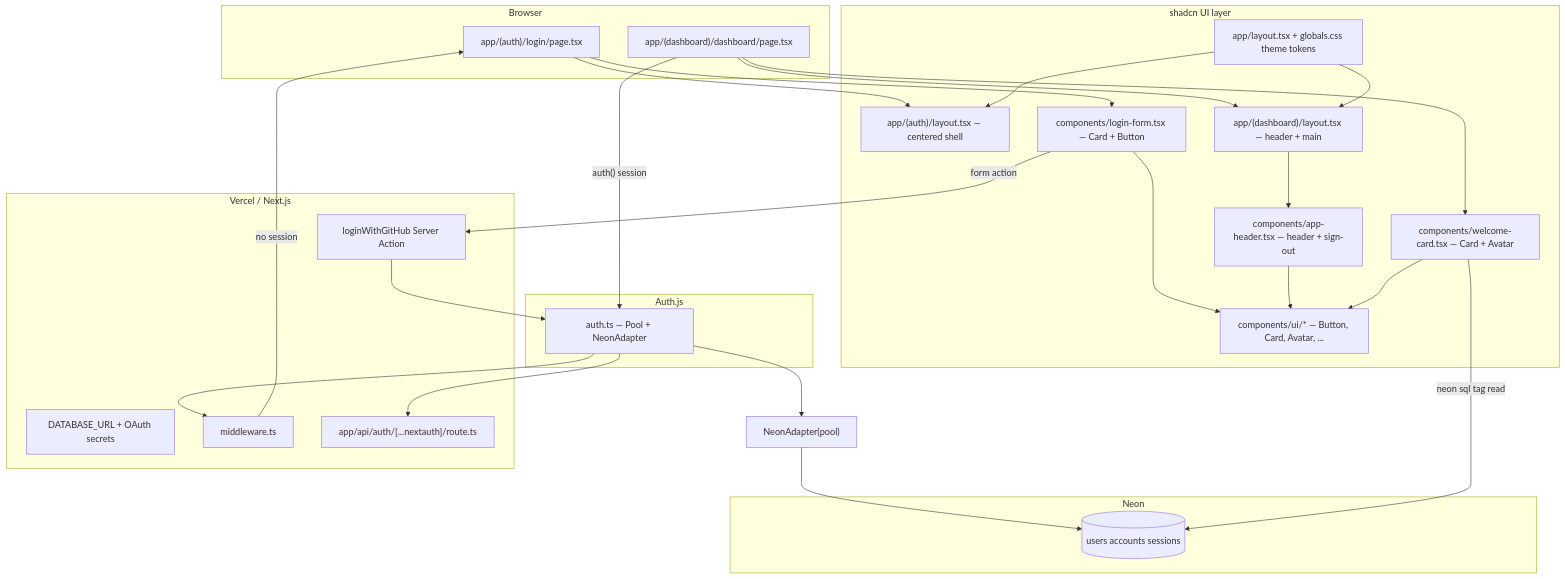
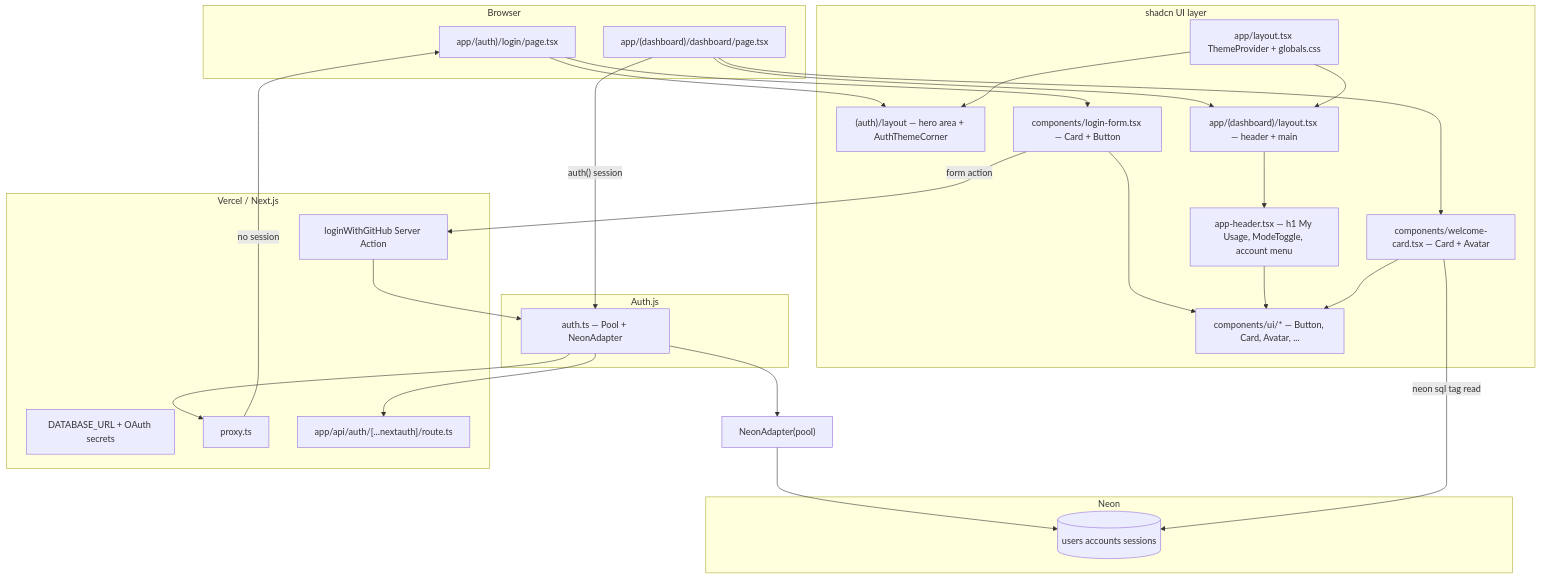
One commit to reyarqueza/my-usage changed the diagram in auth-plan.md. Above: the diagram before and after it, drawn with Mermaid. The commit also changed other lines of this file and 1 other file, not shown here.

First line of the commit message:
Document Vercel, GitHub, and Neon setup; align auth-plan with the app.

````diff
--- a/auth-plan.md
+++ b/auth-plan.md
@@ -54,53 +54,53 @@
 ```mermaid
 flowchart TB
   subgraph browser [Browser]
     LoginPage["app/(auth)/login/page.tsx"]
     DashPage["app/(dashboard)/dashboard/page.tsx"]
   end
 
   subgraph ui [shadcn UI layer]
-    RootLayout["app/layout.tsx + globals.css theme tokens"]
-    AuthLayout["app/(auth)/layout.tsx — centered shell"]
+    RootLayout["app/layout.tsx ThemeProvider + globals.css"]
+    AuthLayout["(auth)/layout — hero area + AuthThemeCorner"]
     DashLayout["app/(dashboard)/layout.tsx — header + main"]
     Shadcn["components/ui/* — Button, Card, Avatar, ..."]
     LoginForm["components/login-form.tsx — Card + Button"]
     WelcomeCard["components/welcome-card.tsx — Card + Avatar"]
-    AppHeader["components/app-header.tsx — header + sign-out"]
+    AppHeader["app-header.tsx — h1 My Usage, ModeToggle, account menu"]
   end
 
   subgraph vercel [Vercel / Next.js]
     Env[DATABASE_URL + OAuth secrets]
-    MW[middleware.ts]
+    PX[proxy.ts]
     RT["app/api/auth/[...nextauth]/route.ts"]
     LoginAction["loginWithGitHub Server Action"]
   end
 
   subgraph authjs [Auth.js]
     AuthTS["auth.ts — Pool + NeonAdapter"]
   end
 
   subgraph neon [Neon]
     PG[(users accounts sessions)]
   end
 
   LoginPage --> LoginForm
   LoginForm --> Shadcn
   DashPage --> WelcomeCard
   DashPage --> DashLayout
   LoginPage --> AuthLayout
   DashLayout --> AppHeader
   AppHeader --> Shadcn
   WelcomeCard --> Shadcn
   RootLayout --> AuthLayout
   RootLayout --> DashLayout
 
   LoginForm -->|"form action"| LoginAction
   LoginAction --> AuthTS
   AuthTS --> RT
-  AuthTS --> MW
-  MW -->|"no session"| LoginPage
+  AuthTS --> PX
+  PX -->|"no session"| LoginPage
   NeonAdapter["NeonAdapter(pool)"] --> PG
   AuthTS --> NeonAdapter
   WelcomeCard -->|"neon sql tag read"| PG
   DashPage -->|"auth() session"| AuthTS
 ```
````
